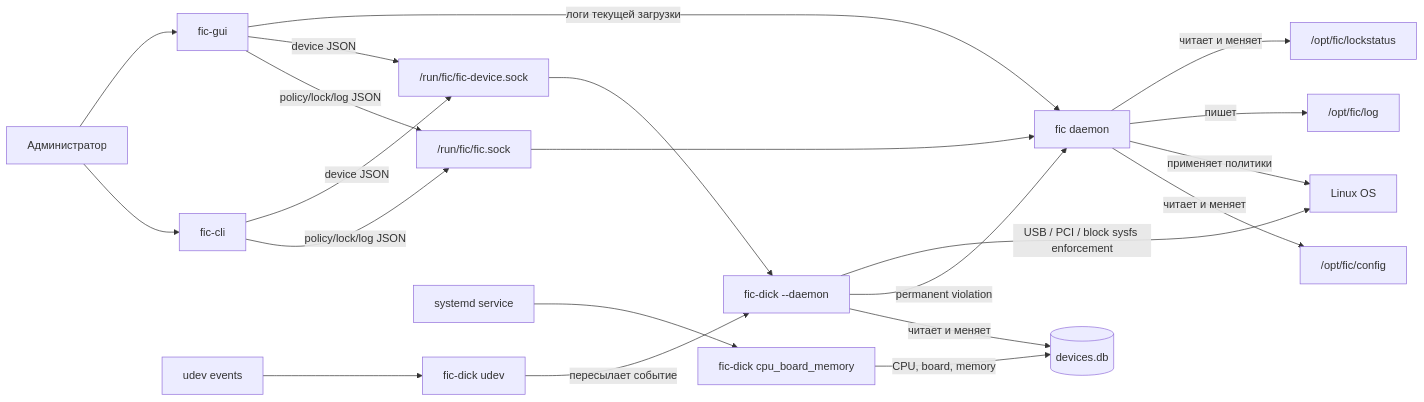
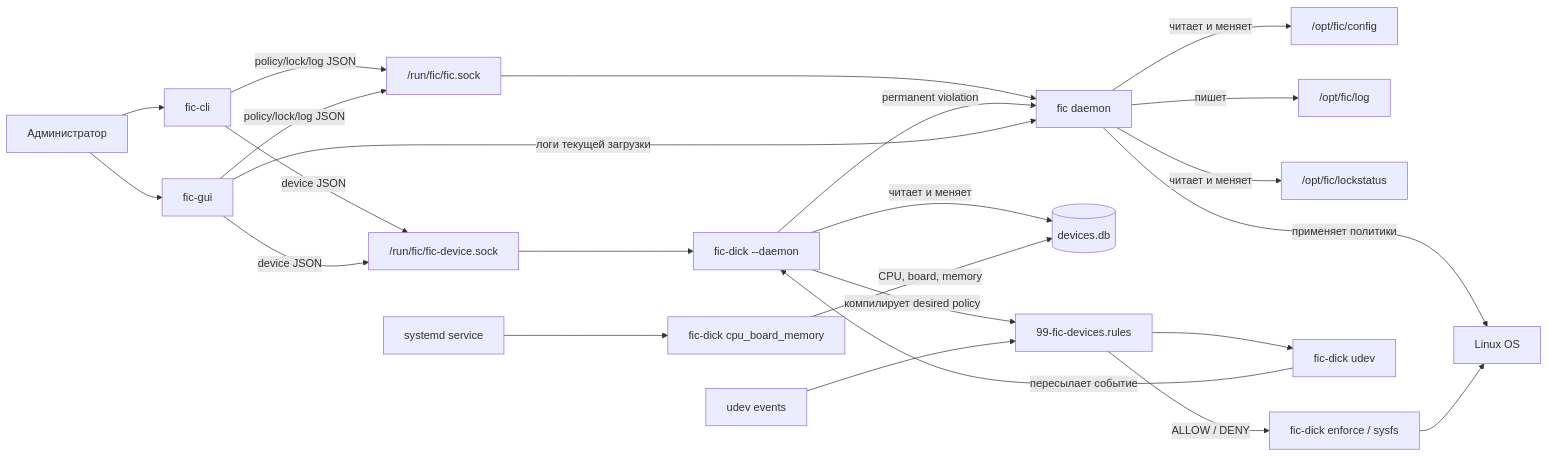
One commit to RevoltStar/FIC changed the first of 19 diagrams in docs/architecture-diagrams.md. Above: the diagram before and after it, drawn with Mermaid. The commit also changed other lines of this file and 34 other files, not shown here.

````diff
--- a/docs/architecture-diagrams.md
+++ b/docs/architecture-diagrams.md
@@ -8,28 +8,31 @@
 ```mermaid
 flowchart LR
     admin[Администратор] --> cli[fic-cli]
     admin --> gui[fic-gui]
 
     cli -->|policy/lock/log JSON| sock["/run/fic/fic.sock"]
     gui -->|policy/lock/log JSON| sock
     sock --> daemon[fic daemon]
 
     cli -->|device JSON| deviceSock["/run/fic/fic-device.sock"]
     gui -->|device JSON| deviceSock
     deviceSock --> deviceDaemon["fic-dick --daemon"]
 
     daemon -->|читает и меняет| config["/opt/fic/config"]
     daemon -->|применяет политики| os[Linux OS]
     daemon -->|пишет| logs["/opt/fic/log"]
     daemon -->|читает и меняет| lockstatus["/opt/fic/lockstatus"]
     deviceDaemon -->|читает и меняет| db[(devices.db)]
+    deviceDaemon -->|компилирует desired policy| rules[99-fic-devices.rules]
 
-    udev[udev events] --> dickUdev[fic-dick udev]
+    udev[udev events] --> rules
+    rules -->|ALLOW / DENY| deviceEnforce[fic-dick enforce / sysfs]
+    rules --> dickUdev[fic-dick udev]
     systemd[systemd service] --> dickStatic[fic-dick cpu_board_memory]
     dickUdev -->|пересылает событие| deviceDaemon
     dickStatic -->|CPU, board, memory| db
 
     deviceDaemon -->|permanent violation| daemon
-    deviceDaemon -->|USB / PCI / block sysfs enforcement| os
+    deviceEnforce --> os
     gui -->|логи текущей загрузки| daemon
 ```
````
